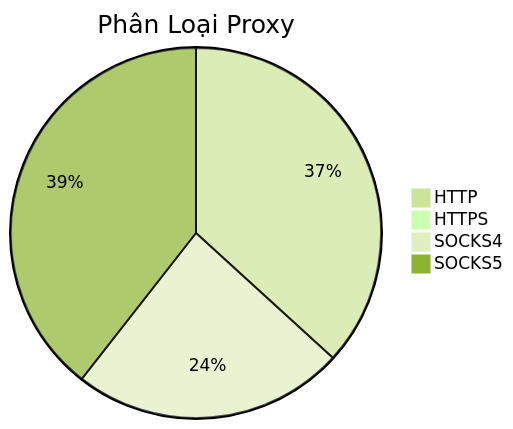
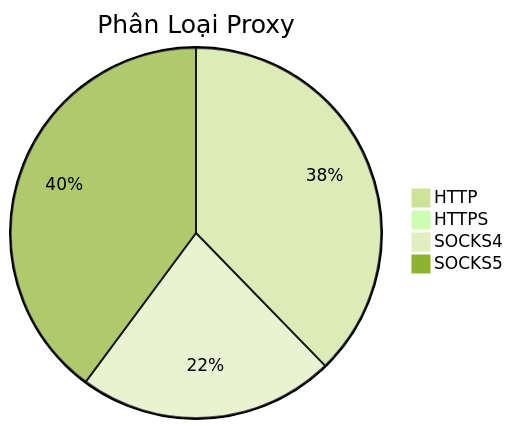
The diagram in README.md (Ciara-12/PROXY-free), drawn with Mermaid (forest theme) before and after one commit. The commit also changed other lines of this file and 4 other files, not shown here.

````diff
--- a/README.md
+++ b/README.md
@@ -26,7 +26,7 @@
 ```mermaid
 pie title Phân Loại Proxy
-    "HTTP" : 414
-    "HTTPS" : 2
-    "SOCKS4" : 268
-    "SOCKS5" : 444
+    "HTTP" : 407
+    "HTTPS" : 0
+    "SOCKS4" : 242
+    "SOCKS5" : 430
 ```
````
